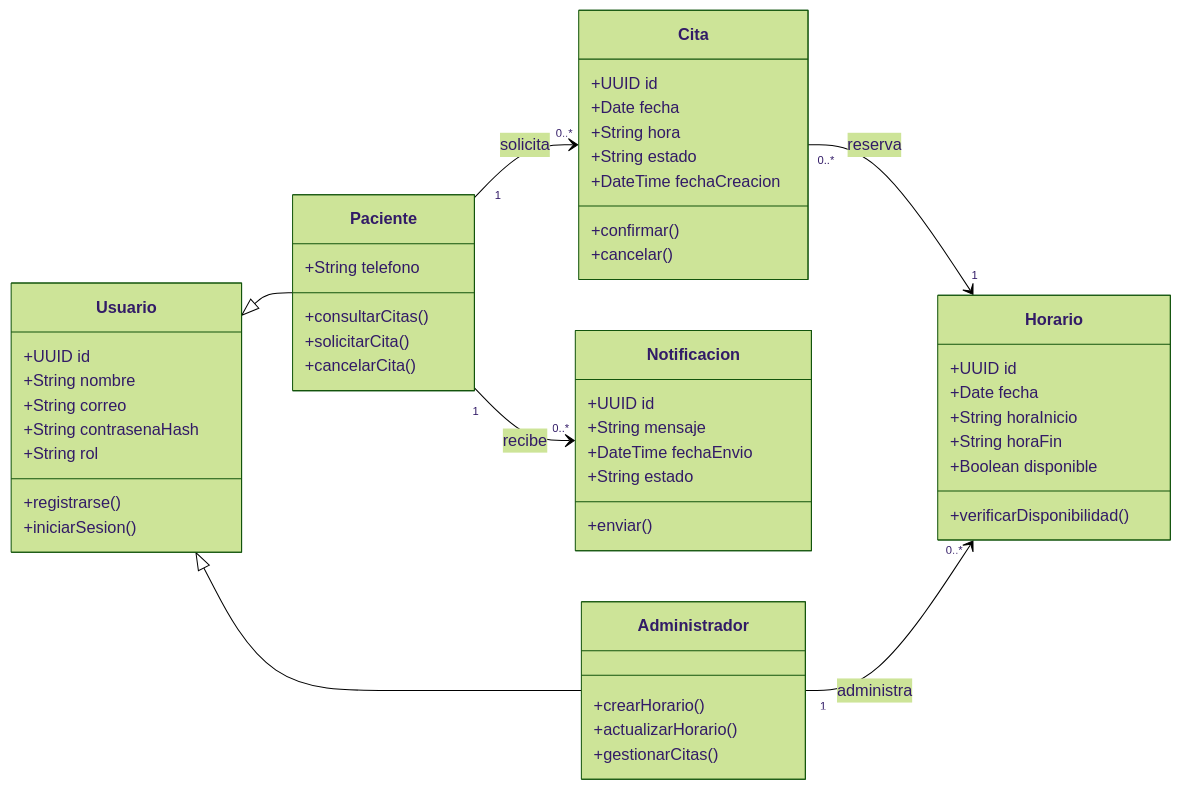
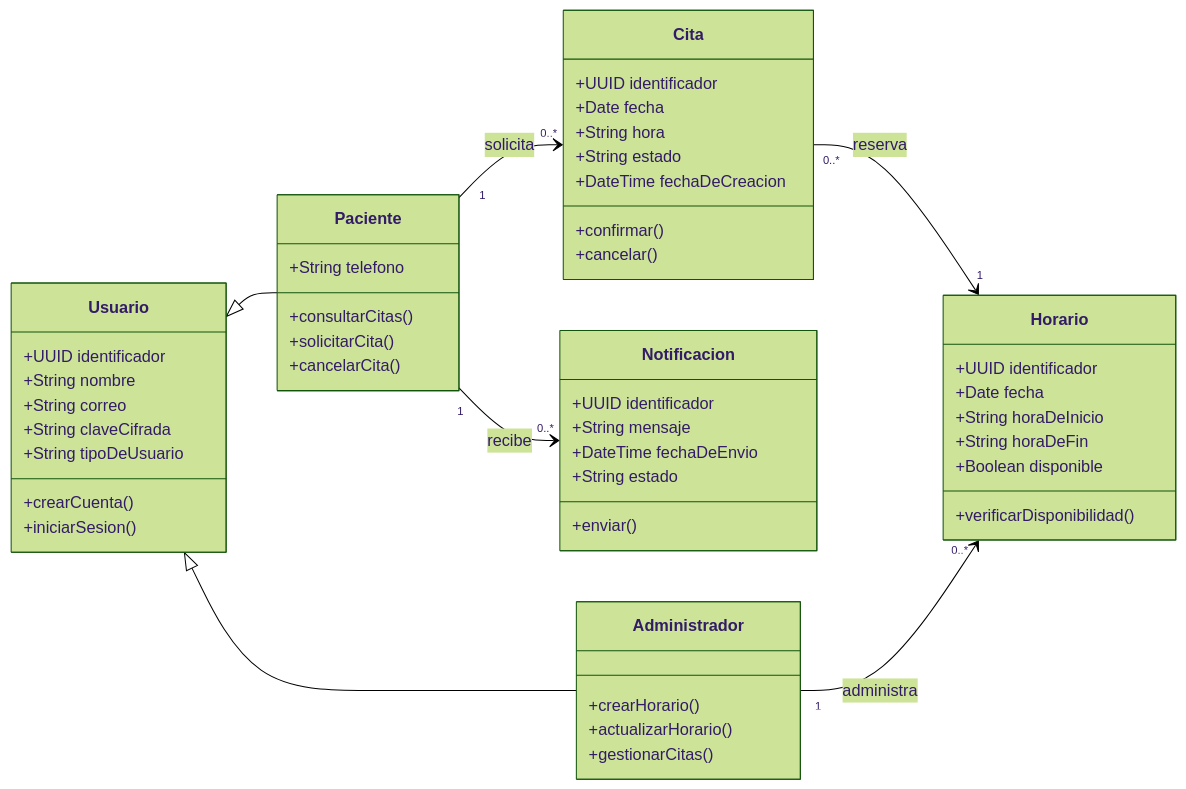
The diagram in docs/uml/02-diagrama-de-clases.mmd (AlanRGG/sistema-citas-medicas), drawn with Mermaid (forest theme) before and after one commit.

Commit message:
docs: traducir diagrama de clases al español

```diff
--- a/docs/uml/02-diagrama-de-clases.mmd
+++ b/docs/uml/02-diagrama-de-clases.mmd
@@ -1,59 +1,59 @@
 classDiagram
 direction LR
 
 class Usuario {
-  +UUID id
+  +UUID identificador
   +String nombre
   +String correo
-  +String contrasenaHash
-  +String rol
-  +registrarse()
+  +String claveCifrada
+  +String tipoDeUsuario
+  +crearCuenta()
   +iniciarSesion()
 }
 
 class Paciente {
   +String telefono
   +consultarCitas()
   +solicitarCita()
   +cancelarCita()
 }
 
 class Administrador {
   +crearHorario()
   +actualizarHorario()
   +gestionarCitas()
 }
 
 class Cita {
-  +UUID id
+  +UUID identificador
   +Date fecha
   +String hora
   +String estado
-  +DateTime fechaCreacion
+  +DateTime fechaDeCreacion
   +confirmar()
   +cancelar()
 }
 
 class Horario {
-  +UUID id
+  +UUID identificador
   +Date fecha
-  +String horaInicio
-  +String horaFin
+  +String horaDeInicio
+  +String horaDeFin
   +Boolean disponible
   +verificarDisponibilidad()
 }
 
 class Notificacion {
-  +UUID id
+  +UUID identificador
   +String mensaje
-  +DateTime fechaEnvio
+  +DateTime fechaDeEnvio
   +String estado
   +enviar()
 }
 
 Usuario <|-- Paciente
 Usuario <|-- Administrador
 Paciente "1" --> "0..*" Cita : solicita
 Cita "0..*" --> "1" Horario : reserva
 Paciente "1" --> "0..*" Notificacion : recibe
 Administrador "1" --> "0..*" Horario : administra
```
